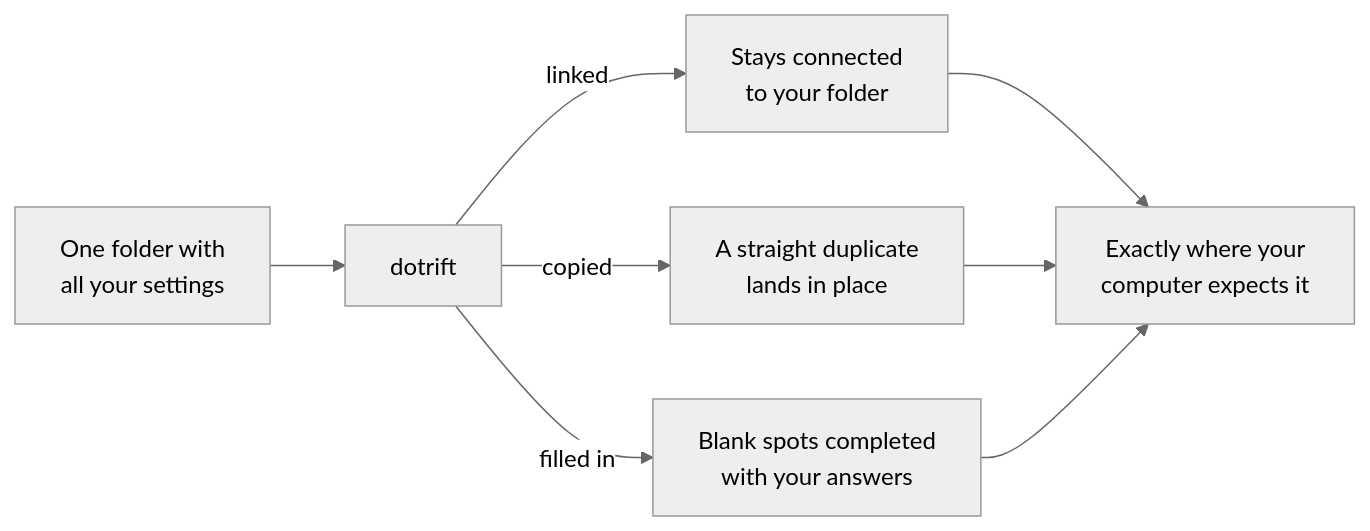
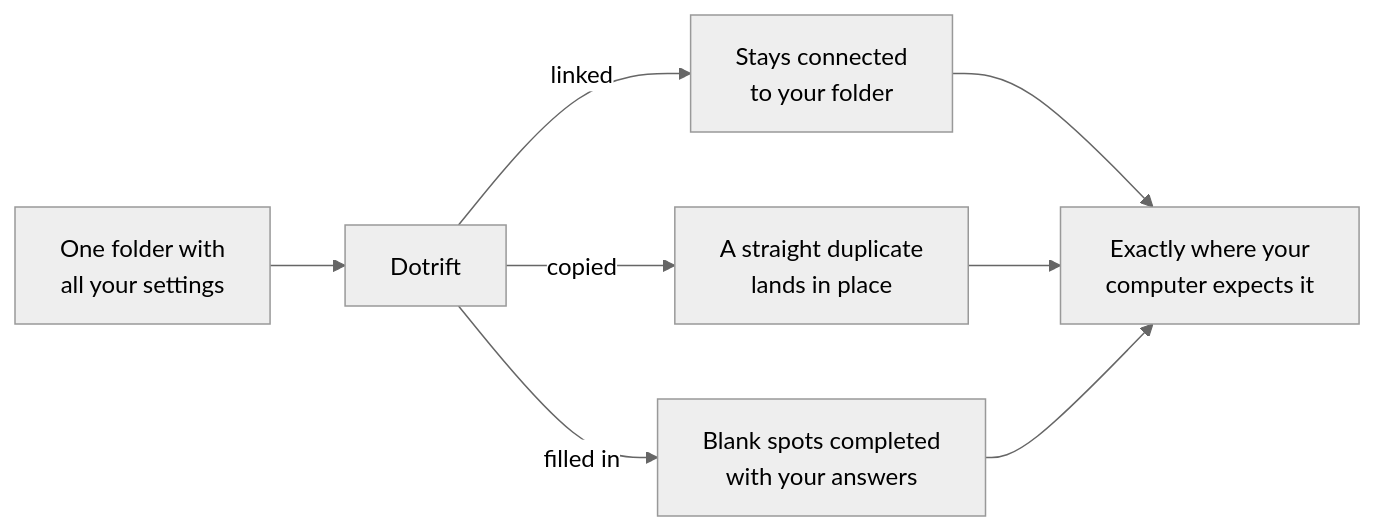
The second of 2 diagrams in README.md (hexrustox/dotrift), drawn with Mermaid (neutral theme) before and after one commit. The commit also changed other lines of this file, not shown here.

````diff
--- a/README.md
+++ b/README.md
@@ -51,10 +53,10 @@
 ```mermaid
 flowchart LR
-    f["One folder with<br>all your settings"] --> d["dotrift"]
+    f["One folder with<br>all your settings"] --> d["Dotrift"]
     d -->|"linked"| l["Stays connected<br>to your folder"]
     d -->|"copied"| c["A straight duplicate<br>lands in place"]
     d -->|"filled in"| t["Blank spots completed<br>with your answers"]
     l --> h["Exactly where your<br>computer expects it"]
     c --> h
     t --> h
 ```
````
